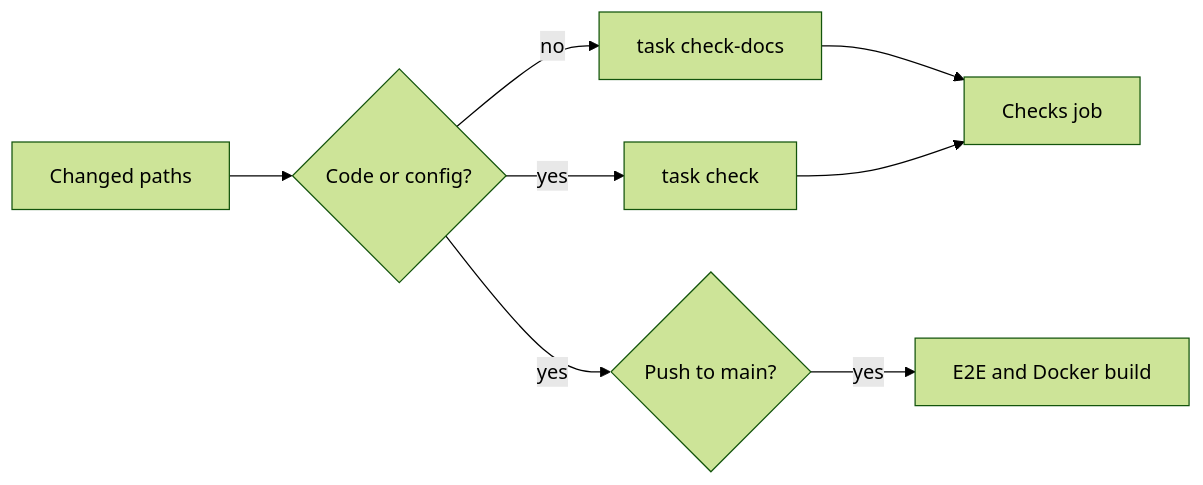
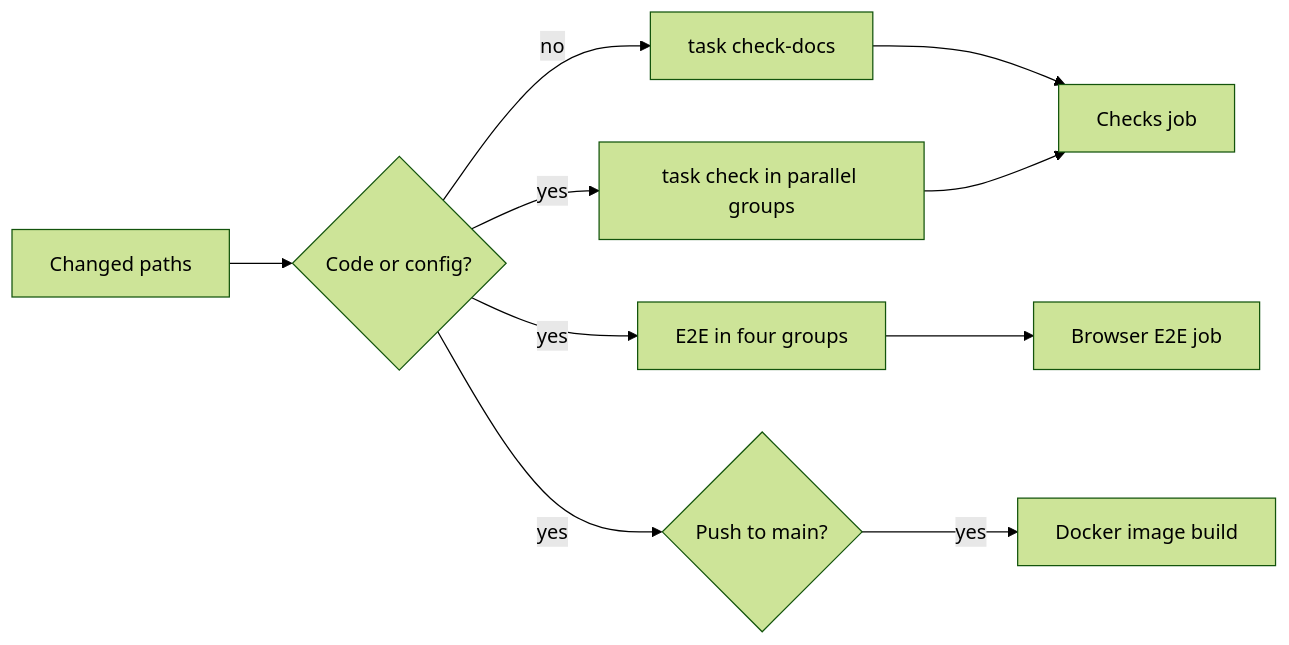
Before and after one commit to syudead/vv: the diagram in docs/how-to/development.md, drawn with Mermaid (forest theme). The commit also changed other lines of this file and 12 other files, not shown here.

First line of the commit message:
Run the CI checks in parallel groups and split the TagsPage tests

````diff
--- a/docs/how-to/development.md
+++ b/docs/how-to/development.md
@@ -64,10 +64,12 @@
 ```mermaid
 flowchart LR
   change[Changed paths] --> code{Code or config?}
   code -->|no| docs[task check-docs]
-  code -->|yes| check[task check]
+  code -->|yes| groups[task check in parallel groups]
+  code -->|yes| e2e[E2E in four groups]
   docs --> checks[Checks job]
-  check --> checks
+  groups --> checks
+  e2e --> browser[Browser E2E job]
   code -->|yes| push{Push to main?}
-  push -->|yes| more[E2E and Docker build]
+  push -->|yes| image[Docker image build]
 ```
````
